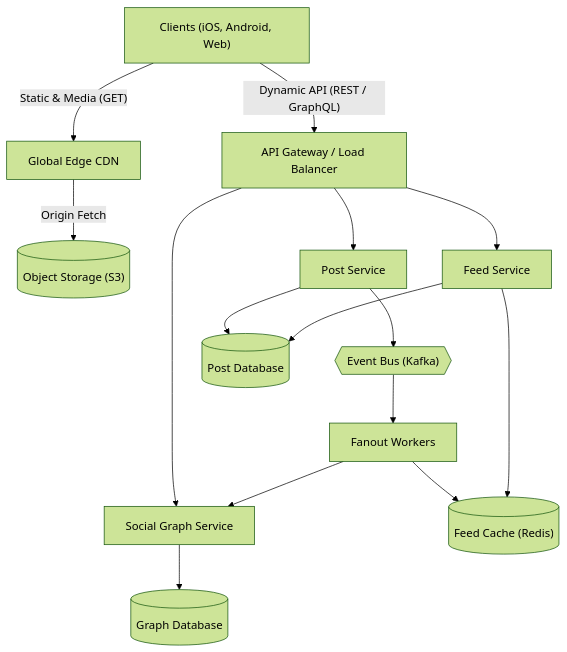
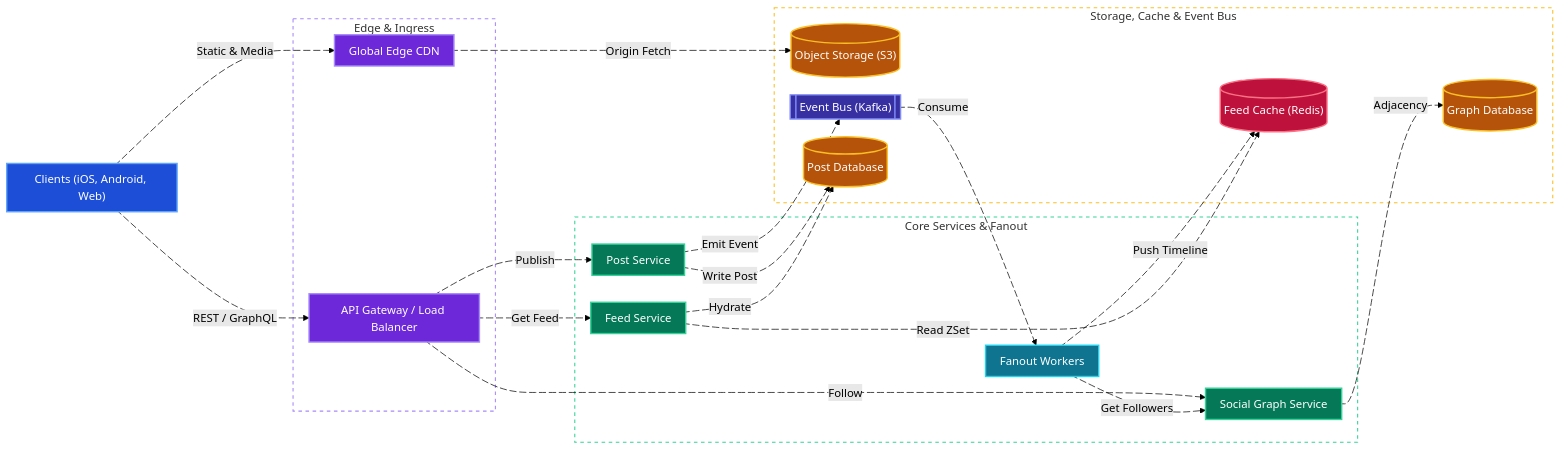
One commit to tarunbatta/tech-interview-prep changed the first of 4 diagrams in system-design/social-media.md. Above: the diagram before and after it, drawn with Mermaid (forest theme). The commit also changed other lines of this file and 30 other files, not shown here.

First line of the commit message:
docs(system-design): convert Mermaid flowcharts to LR with colors and animated edges

````diff
--- a/system-design/social-media.md
+++ b/system-design/social-media.md
@@ -76,17 +76,71 @@
 ```mermaid
-flowchart TD
-    Clients["Clients (iOS, Android, Web)"] -->|"Static & Media (GET)"| CDN["Global Edge CDN"]
-    Clients -->|"Dynamic API (REST / GraphQL)"| Gateway["API Gateway / Load Balancer"]
-    CDN -->|"Origin Fetch"| S3[("Object Storage (S3)")]
-    Gateway --> PostSvc["Post Service"]
-    Gateway --> GraphSvc["Social Graph Service"]
-    Gateway --> FeedSvc["Feed Service"]
-    PostSvc --> Kafka{{"Event Bus (Kafka)"}}
-    PostSvc --> PostDB[("Post Database")]
-    Kafka --> Fanout["Fanout Workers"]
-    Fanout --> GraphSvc
-    Fanout --> FeedCache[("Feed Cache (Redis)")]
-    FeedSvc --> FeedCache
-    FeedSvc --> PostDB
-    GraphSvc --> GraphDB[("Graph Database")]
+%%{init: {'flowchart': {'nodeSpacing': 25, 'rankSpacing': 45, 'padding': 10}}}%%
+flowchart LR
+    Clients["Clients (iOS, Android, Web)"]
+    subgraph EdgeTier["Edge & Ingress"]
+        CDN["Global Edge CDN"]
+        Gateway["API Gateway / Load Balancer"]
+    end
+    subgraph AppTier["Core Services & Fanout"]
+        PostSvc["Post Service"]
+        GraphSvc["Social Graph Service"]
+        FeedSvc["Feed Service"]
+        Fanout["Fanout Workers"]
+    end
+    subgraph DataTier["Storage, Cache & Event Bus"]
+        S3[("Object Storage (S3)")]
+        Kafka[["Event Bus (Kafka)"]]
+        FeedCache[("Feed Cache (Redis)")]
+        PostDB[("Post Database")]
+        GraphDB[("Graph Database")]
+    end
+    Clients e1@-->|"Static & Media"| CDN
+    CDN e2@-->|"Origin Fetch"| S3
+    Clients e3@-->|"REST / GraphQL"| Gateway
+    Gateway e4@-->|"Publish"| PostSvc
+    Gateway e5@-->|"Follow"| GraphSvc
+    Gateway e6@-->|"Get Feed"| FeedSvc
+    PostSvc e7@-->|"Emit Event"| Kafka
+    PostSvc e8@-->|"Write Post"| PostDB
+    Kafka e9@-->|"Consume"| Fanout
+    Fanout e10@-->|"Get Followers"| GraphSvc
+    Fanout e11@-->|"Push Timeline"| FeedCache
+    FeedSvc e12@-->|"Read ZSet"| FeedCache
+    FeedSvc e13@-->|"Hydrate"| PostDB
+    GraphSvc e14@-->|"Adjacency"| GraphDB
+
+    e1@{ animate: true }
+    e2@{ animate: true }
+    e3@{ animate: true }
+    e4@{ animate: true }
+    e5@{ animate: true }
+    e6@{ animate: true }
+    e7@{ animate: true }
+    e8@{ animate: true }
+    e9@{ animate: true }
+    e10@{ animate: true }
+    e11@{ animate: true }
+    e12@{ animate: true }
+    e13@{ animate: true }
+    e14@{ animate: true }
+
+    classDef client fill:#1d4ed8,stroke:#60a5fa,stroke-width:2px,color:#ffffff
+    classDef edge fill:#6d28d9,stroke:#a78bfa,stroke-width:2px,color:#ffffff
+    classDef service fill:#047857,stroke:#34d399,stroke-width:2px,color:#ffffff
+    classDef worker fill:#0e7490,stroke:#22d3ee,stroke-width:2px,color:#ffffff
+    classDef cache fill:#be123c,stroke:#fb7185,stroke-width:2px,color:#ffffff
+    classDef storage fill:#b45309,stroke:#fbbf24,stroke-width:2px,color:#ffffff
+    classDef queue fill:#3730a3,stroke:#818cf8,stroke-width:2px,color:#ffffff
+
+    class Clients client
+    class CDN,Gateway edge
+    class PostSvc,GraphSvc,FeedSvc service
+    class Fanout worker
+    class FeedCache cache
+    class S3,PostDB,GraphDB storage
+    class Kafka queue
+
+    style EdgeTier fill:transparent,stroke:#a78bfa,stroke-width:1.5px,stroke-dasharray: 5 5
+    style AppTier fill:transparent,stroke:#34d399,stroke-width:1.5px,stroke-dasharray: 5 5
+    style DataTier fill:transparent,stroke:#fbbf24,stroke-width:1.5px,stroke-dasharray: 5 5
 ```
````
